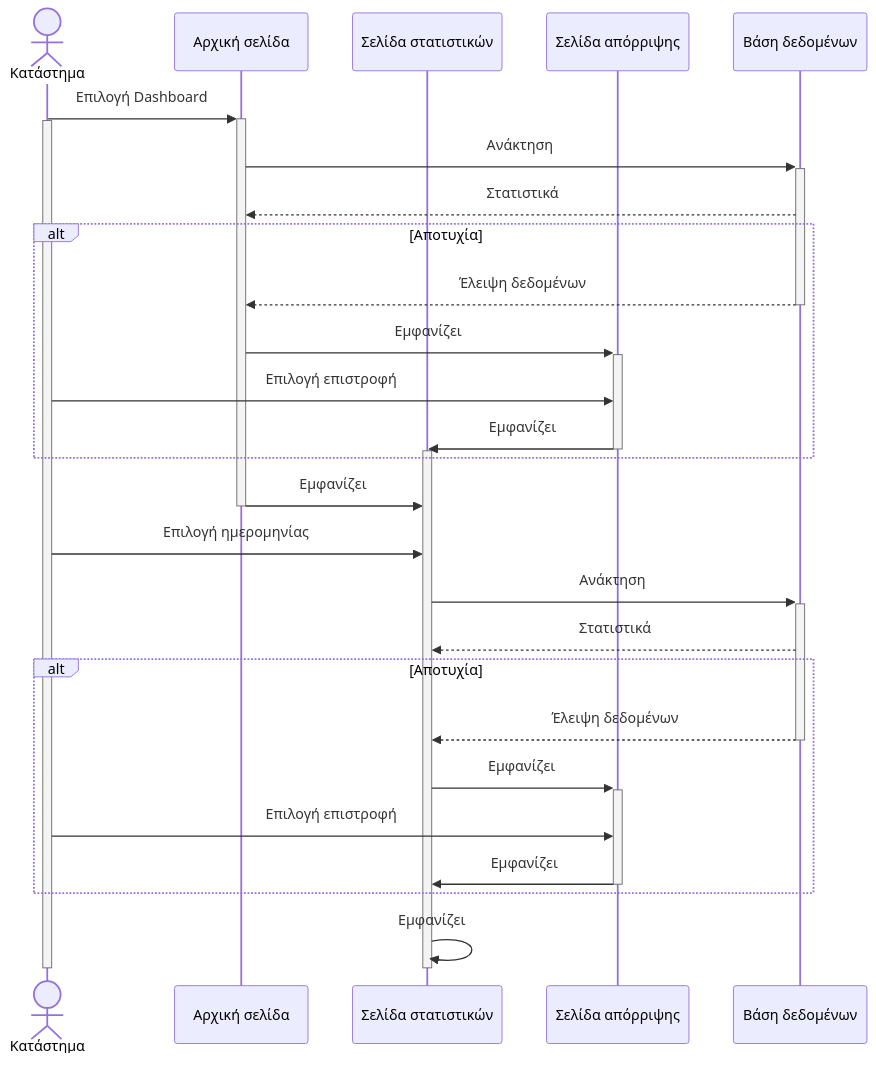
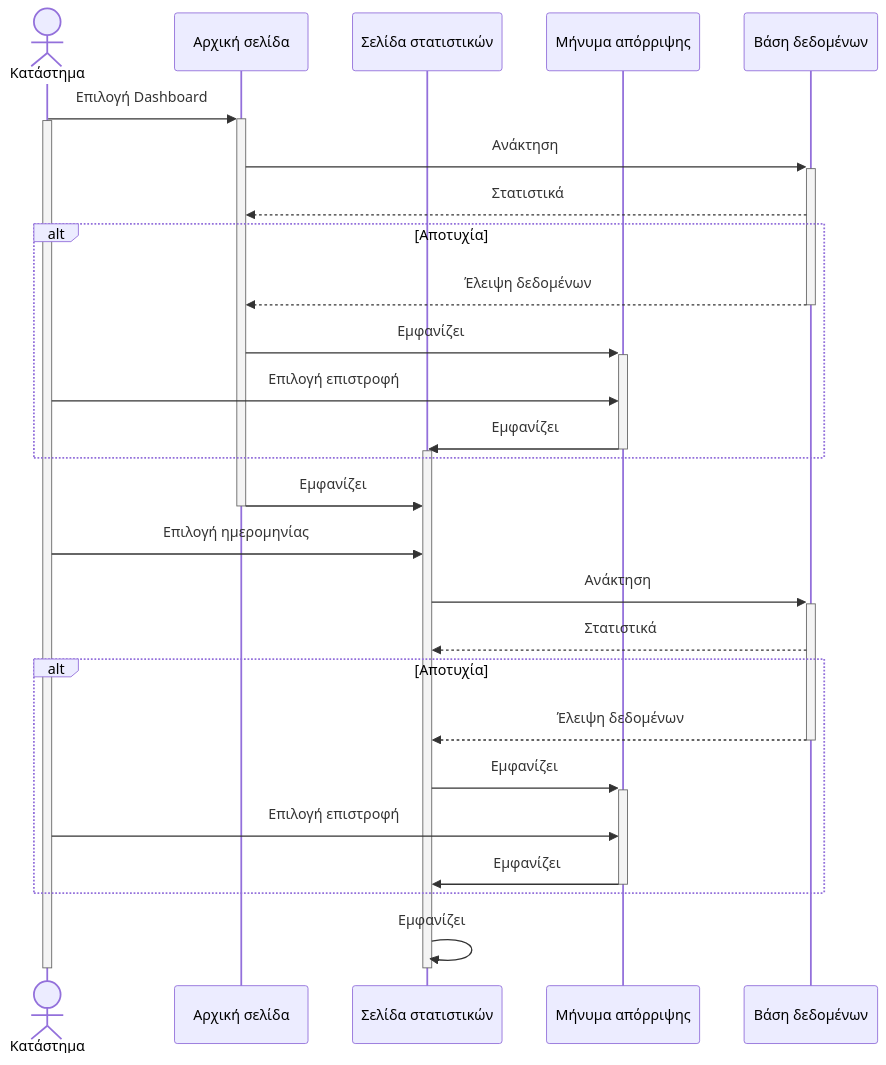
The diagram in Παραδοτέα/v0.1/components/sequence-diagrams/sequence-diagram-stats.md (WhatToWear-org/WhatToWear), drawn with Mermaid before and after one commit. The commit also changed 1 other file, not shown here.

Commit message:
Update stats sequence diagram to display error message instead of error page WTW-53

````diff
--- a/Παραδοτέα/v0.1/components/sequence-diagrams/sequence-diagram-stats.md
+++ b/Παραδοτέα/v0.1/components/sequence-diagrams/sequence-diagram-stats.md
@@ -1,36 +1,36 @@
 ```mermaid
 sequenceDiagram
     actor Κατάστημα
     participant Αρχική σελίδα
     participant Σελίδα στατιστικών
-    participant Σελίδα απόρριψης
+    participant Μήνυμα απόρριψης
     participant Βάση δεδομένων
 
     Κατάστημα->>+Αρχική σελίδα: Επιλογή Dashboard
     activate Κατάστημα
     Αρχική σελίδα->>+Βάση δεδομένων: Ανάκτηση
     Βάση δεδομένων-->>Αρχική σελίδα: Στατιστικά
     alt Αποτυχία
         Βάση δεδομένων-->>-Αρχική σελίδα: Έλειψη δεδομένων
-        Αρχική σελίδα->>+Σελίδα απόρριψης: Εμφανίζει
-        Κατάστημα->>Σελίδα απόρριψης: Επιλογή επιστροφή
-        Σελίδα απόρριψης->>-Σελίδα στατιστικών: Εμφανίζει
+        Αρχική σελίδα->>+Μήνυμα απόρριψης: Εμφανίζει
+        Κατάστημα->>Μήνυμα απόρριψης: Επιλογή επιστροφή
+        Μήνυμα απόρριψης->>-Σελίδα στατιστικών: Εμφανίζει
         activate Σελίδα στατιστικών
     end
     Αρχική σελίδα->>-Σελίδα στατιστικών: Εμφανίζει
 
     Κατάστημα->>Σελίδα στατιστικών: Επιλογή ημερομηνίας
     Σελίδα στατιστικών->>+Βάση δεδομένων: Ανάκτηση
     Βάση δεδομένων-->>Σελίδα στατιστικών: Στατιστικά
     alt Αποτυχία
         Βάση δεδομένων-->>-Σελίδα στατιστικών: Έλειψη δεδομένων
-        Σελίδα στατιστικών->>+Σελίδα απόρριψης: Εμφανίζει
-        Κατάστημα->>Σελίδα απόρριψης: Επιλογή επιστροφή
-        Σελίδα απόρριψης->>-Σελίδα στατιστικών: Εμφανίζει
+        Σελίδα στατιστικών->>+Μήνυμα απόρριψης: Εμφανίζει
+        Κατάστημα->>Μήνυμα απόρριψης: Επιλογή επιστροφή
+        Μήνυμα απόρριψης->>-Σελίδα στατιστικών: Εμφανίζει
     end
 
     Σελίδα στατιστικών->>Σελίδα στατιστικών: Εμφανίζει
     deactivate Σελίδα στατιστικών
 
     deactivate Κατάστημα
 ```
````
